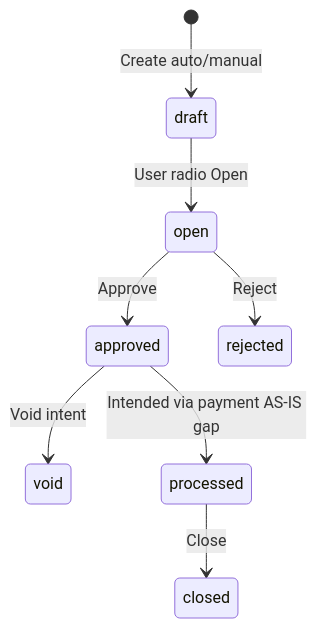
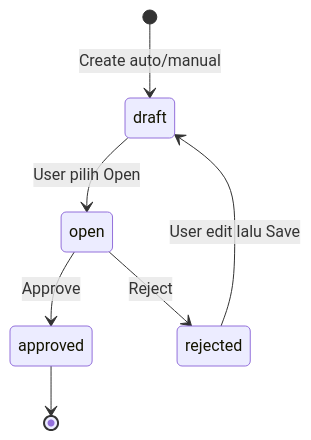
The second of 3 diagrams in qa-docs/accounting-supplier-invoice/requirement.md (yendyr/olshoperp-docs), drawn with Mermaid before and after one commit. The commit also changed other lines of this file and 33 other files, not shown here.

````diff
--- a/qa-docs/accounting-supplier-invoice/requirement.md
+++ b/qa-docs/accounting-supplier-invoice/requirement.md
@@ -84,10 +71,9 @@
 ```mermaid
 stateDiagram-v2
     [*] --> draft: Create auto/manual
-    draft --> open: User radio Open
+    draft --> open: User pilih Open
     open --> approved: Approve
     open --> rejected: Reject
-    approved --> void: Void intent
-    approved --> processed: Intended via payment AS-IS gap
-    processed --> closed: Close
+    rejected --> draft: User edit lalu Save
+    approved --> [*]
 ```
````
